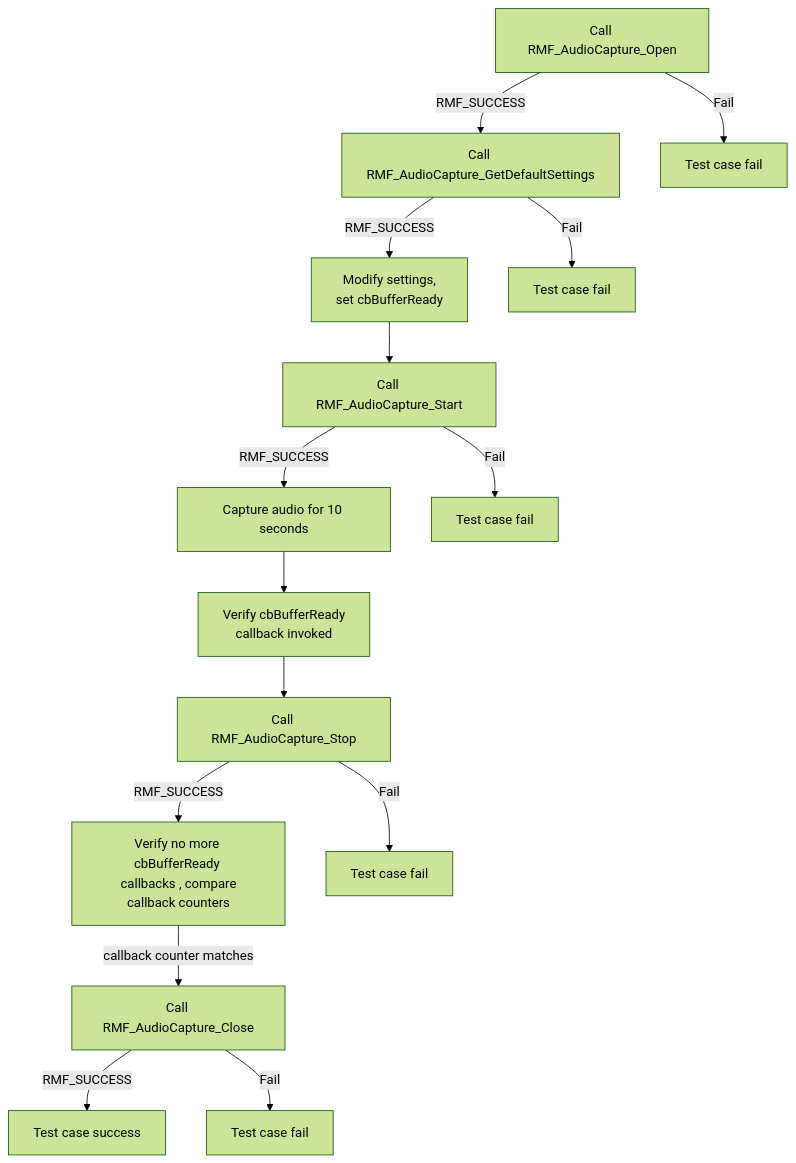
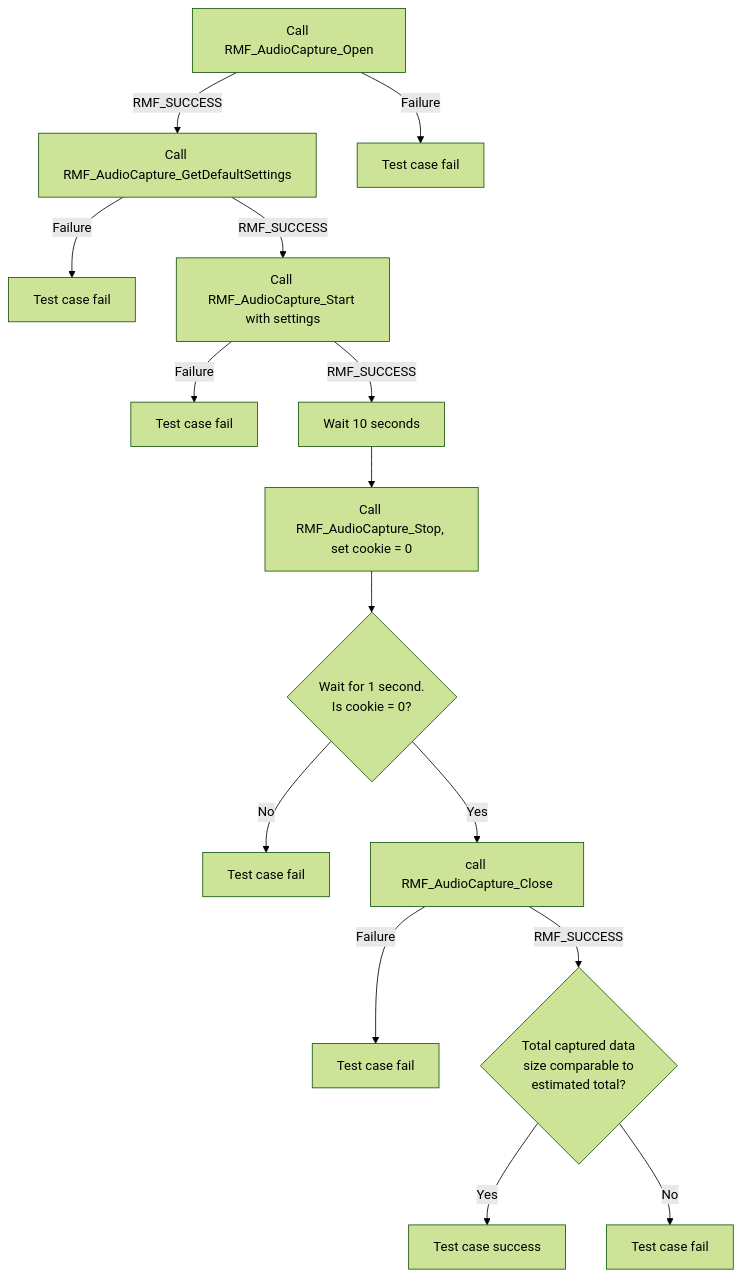
Before and after one commit to rdkcentral/rdk-halif-test-rmf_audio_capture: the first of 3 diagrams in docs/pages/rmfAudioCapture_L2_Low-Level_TestSpecification.md, drawn with Mermaid (forest theme). The commit also changed other lines of this file and 1 other file, not shown here.

Commit message:
RDK-51420 : Updated L2 test spec and implementation

````diff
--- a/docs/pages/rmfAudioCapture_L2_Low-Level_TestSpecification.md
+++ b/docs/pages/rmfAudioCapture_L2_Low-Level_TestSpecification.md
@@ -70,17 +71,17 @@
 ```mermaid
 flowchart TD
     A[Call RMF_AudioCapture_Open] -->|RMF_SUCCESS| B[Call RMF_AudioCapture_GetDefaultSettings]
-    A -->|Fail| A_Fail[Test case fail]
-    B -->|RMF_SUCCESS| C[Modify settings, <br> set cbBufferReady]
-    B -->|Fail| B_Fail[Test case fail]
-    C --> D[Call RMF_AudioCapture_Start]
-    D -->|RMF_SUCCESS| E[Capture audio for 10 seconds]
-    D -->|Fail| D_Fail[Test case fail]
-    E --> F[Verify cbBufferReady <br> callback invoked]
-    F --> G[Call RMF_AudioCapture_Stop]
-    G -->|RMF_SUCCESS| H[Verify no more cbBufferReady <br> callbacks , compare <br>callback counters]
-    G -->|Fail| G_Fail[Test case fail]
-    H -->|callback counter matches| I[Call RMF_AudioCapture_Close]
-    I -->|RMF_SUCCESS| End[Test case success]
-    I -->|Fail| I_Fail[Test case fail]
-```
+    A -->|Failure| A1[Test case fail]
+    B -->|Failure| B1[Test case fail]
+    B -->|RMF_SUCCESS| B2[Call RMF_AudioCapture_Start with settings]
+    B2 --> |Failure| B3[Test case fail]
+    B2 -->|RMF_SUCCESS| C[Wait 10 seconds]
+    C --> D[Call RMF_AudioCapture_Stop, set cookie = 0]
+    D --> DCW{Wait for 1 second. <br> Is cookie = 0?}
+    DCW --> |No| DCF[Test case fail]
+    DCW --> |Yes|E[call RMF_AudioCapture_Close]
+    E --> |Failure| E1[Test case fail]
+    E -->|RMF_SUCCESS| F{Total captured data <br> size comparable to <br> estimated total?}
+    F -->|Yes| G[Test case success]
+    F -->|No| F1[Test case fail]
+```  
````
